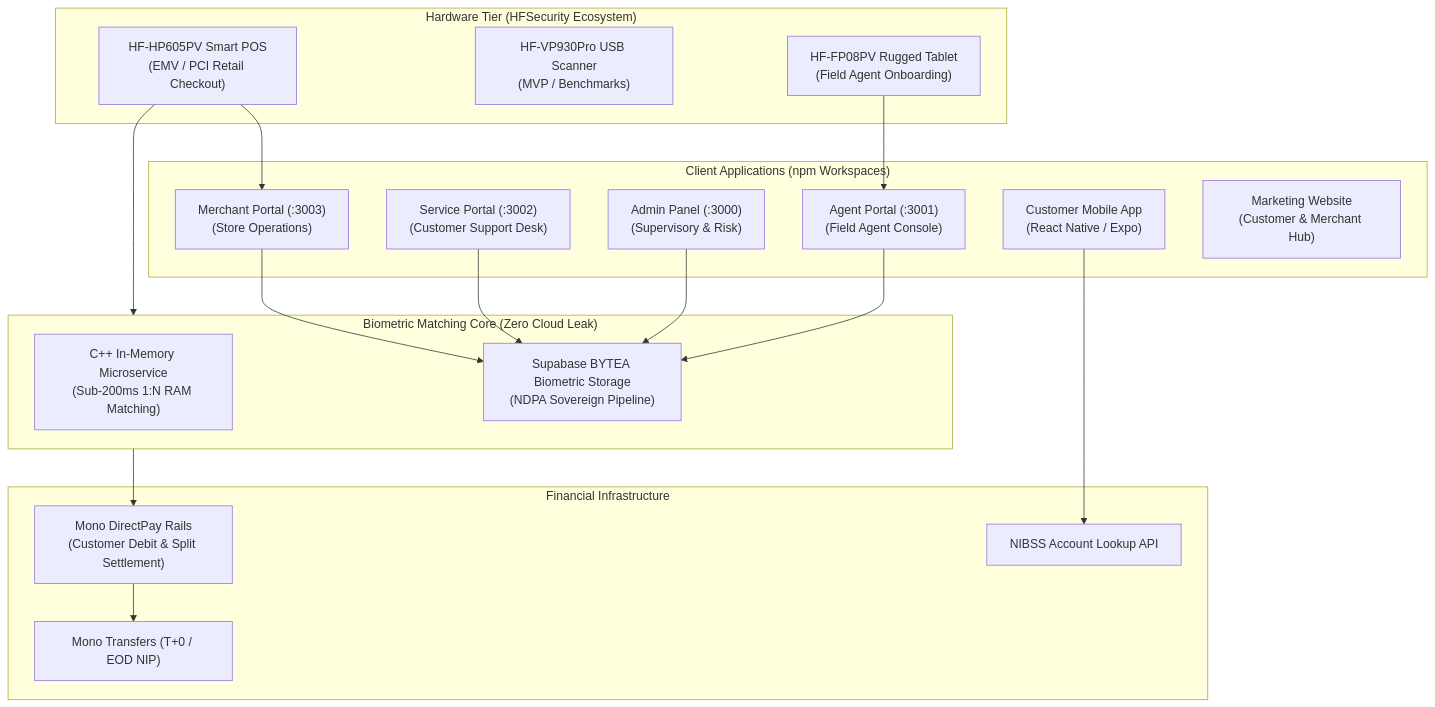
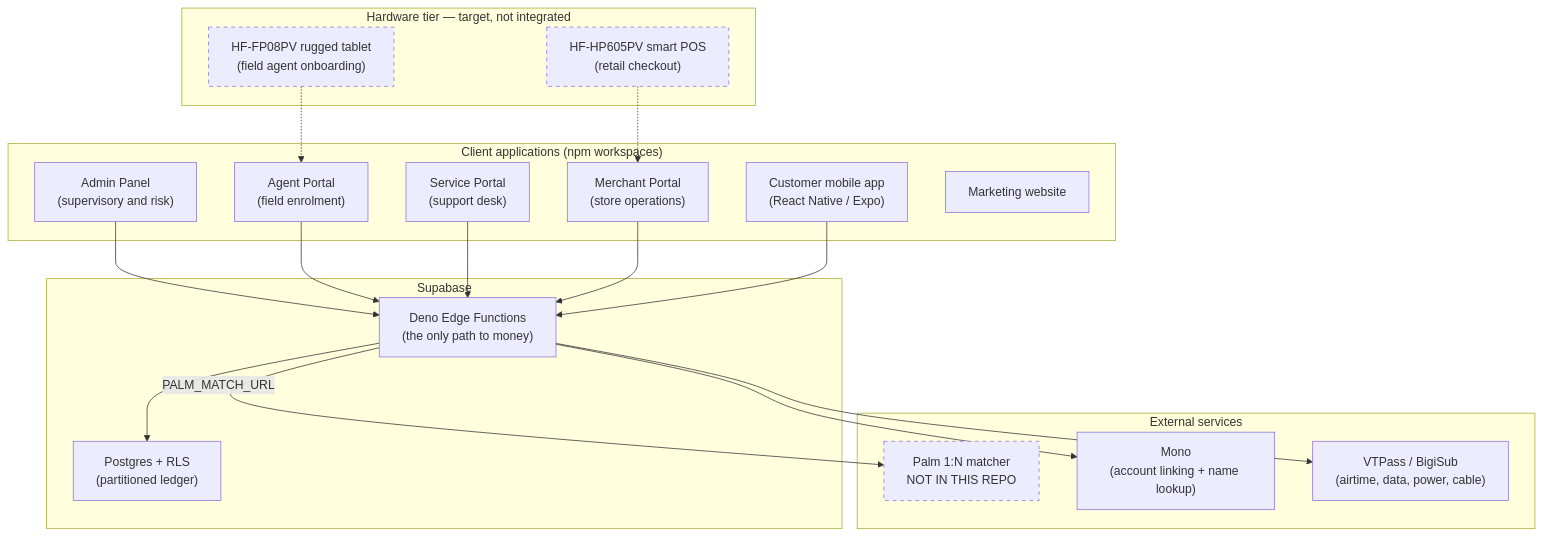
One commit to MiliPay/MiliPay changed the first of 2 diagrams in README.md. Above: the diagram before and after it, drawn with Mermaid. The commit also changed other lines of this file, not shown here.

````diff
--- a/README.md
+++ b/README.md
@@ -31,36 +87,39 @@
 ```mermaid
 flowchart TB
-    subgraph Hardware ["Hardware Tier (HFSecurity Ecosystem)"]
-        FP08PV["HF-FP08PV Rugged Tablet\n(Field Agent Onboarding)"]
-        VP930["HF-VP930Pro USB Scanner\n(MVP / Benchmarks)"]
-        HP605["HF-HP605PV Smart POS\n(EMV / PCI Retail Checkout)"]
+    subgraph Hardware ["Hardware tier — target, not integrated"]
+        FP08PV["HF-FP08PV rugged tablet<br/>(field agent onboarding)"]
+        HP605["HF-HP605PV smart POS<br/>(retail checkout)"]
     end
 
-    subgraph ClientApps ["Client Applications (npm Workspaces)"]
-        AgentPortal["Agent Portal (:3001)\n(Field Agent Console)"]
-        AdminPanel["Admin Panel (:3000)\n(Supervisory & Risk)"]
-        ServicePortal["Service Portal (:3002)\n(Customer Support Desk)"]
-        MerchantPortal["Merchant Portal (:3003)\n(Store Operations)"]
-        MobileApp["Customer Mobile App\n(React Native / Expo)"]
-        Website["Marketing Website\n(Customer & Merchant Hub)"]
+    subgraph ClientApps ["Client applications (npm workspaces)"]
+        AdminPanel["Admin Panel<br/>(supervisory and risk)"]
+        AgentPortal["Agent Portal<br/>(field enrolment)"]
+        ServicePortal["Service Portal<br/>(support desk)"]
+        MerchantPortal["Merchant Portal<br/>(store operations)"]
+        MobileApp["Customer mobile app<br/>(React Native / Expo)"]
+        Website["Marketing website"]
     end
 
-    subgraph SovereignEngine ["Biometric Matching Core (Zero Cloud Leak)"]
-        CppEngine["C++ In-Memory Microservice\n(Sub-200ms 1:N RAM Matching)"]
-        ByteaVault["Supabase BYTEA Biometric Storage\n(NDPA Sovereign Pipeline)"]
+    subgraph Backend ["Supabase"]
+        EdgeFns["Deno Edge Functions<br/>(the only path to money)"]
+        Postgres["Postgres + RLS<br/>(partitioned ledger)"]
     end
 
-    subgraph OpenBanking ["Financial Infrastructure"]
-        MonoDirectPay["Mono DirectPay Rails\n(Customer Debit & Split Settlement)"]
-        MonoLookup["NIBSS Account Lookup API"]
-        MonoPayouts["Mono Transfers (T+0 / EOD NIP)"]
+    subgraph External ["External services"]
+        Matcher["Palm 1:N matcher<br/>NOT IN THIS REPO"]
+        Mono["Mono<br/>(account linking + name lookup)"]
+        VTU["VTPass / BigiSub<br/>(airtime, data, power, cable)"]
     end
 
-    FP08PV --> AgentPortal
-    HP605 --> MerchantPortal
-    HP605 --> SovereignEngine
-    SovereignEngine --> MonoDirectPay
-    AgentPortal & AdminPanel & ServicePortal & MerchantPortal --> ByteaVault
-    MobileApp --> MonoLookup
-    MonoDirectPay --> MonoPayouts
+    FP08PV -.-> AgentPortal
+    HP605 -.-> MerchantPortal
+    AdminPanel & AgentPortal & ServicePortal & MerchantPortal --> EdgeFns
+    MobileApp --> EdgeFns
+    EdgeFns --> Postgres
+    EdgeFns -->|PALM_MATCH_URL| Matcher
+    EdgeFns --> Mono
+    EdgeFns --> VTU
+
+    classDef missing stroke-dasharray: 5 5
+    class Matcher,FP08PV,HP605 missing
 ```
````
